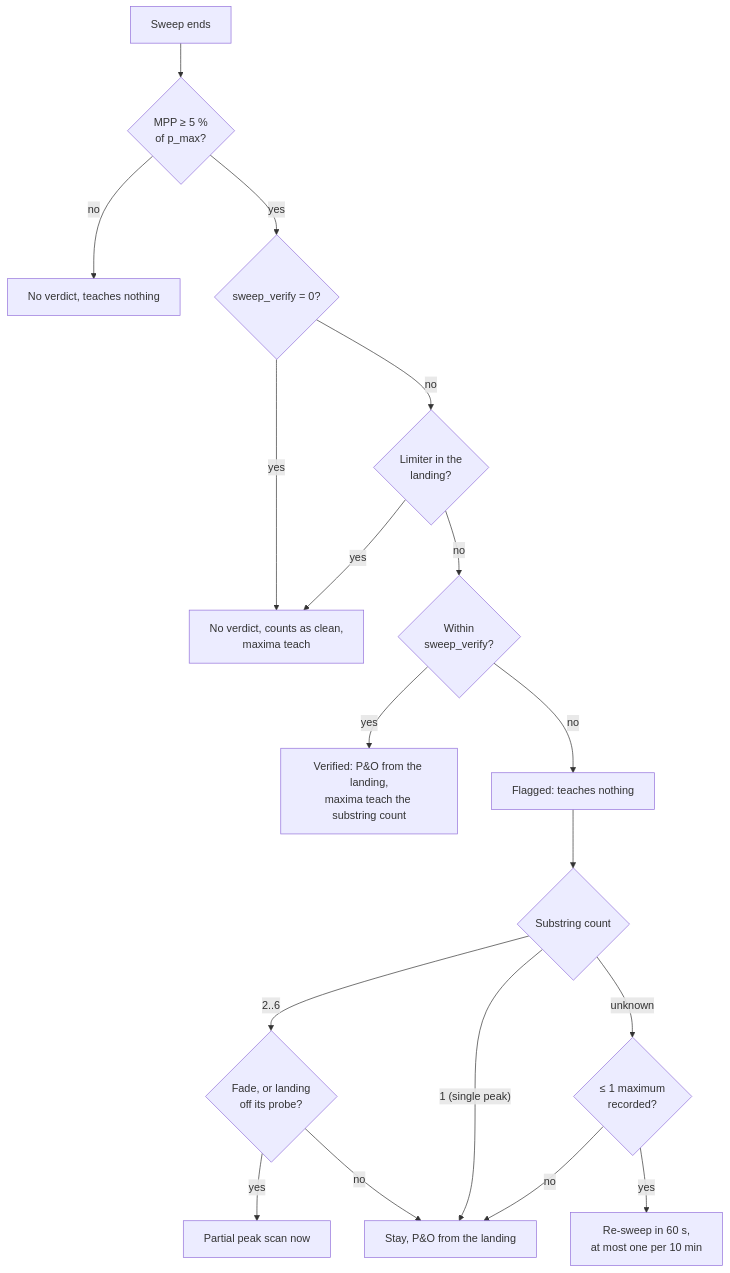
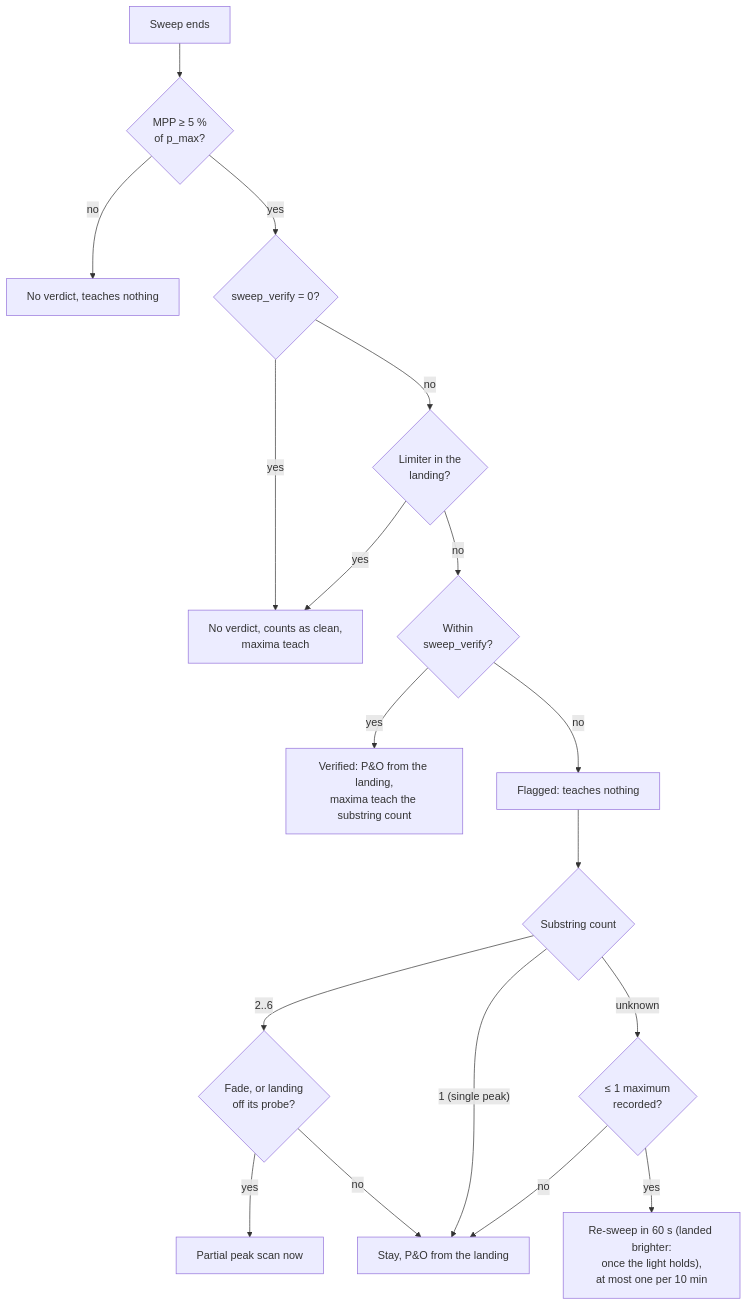
One commit to fl4p/fugu-mppt-firmware changed the second of 2 diagrams in website/docs/internals/mppt-tracker.md. Above: the diagram before and after it, drawn with Mermaid. The commit also changed other lines of this file and 1 other file, not shown here.

Commit message:
docs: MPP tracker and DCM ringing review fixes: rect_offset moves LS turn-off toward the zero crossing, ring amplitude after an HS pulse, burst mode rings once per burst, return pass only on bright buck sweeps, brighter-landing re-sweep, pv_substrings overwrite case, numbered references

````diff
--- a/website/docs/internals/mppt-tracker.md
+++ b/website/docs/internals/mppt-tracker.md
@@ -209,20 +211,20 @@
 ```mermaid
 flowchart TD
     S["Sweep ends"] --> B{"MPP ≥ 5 %<br/>of p_max?"}
     B -- no --> DIM["No verdict, teaches nothing"]
     B -- yes --> Z{"sweep_verify = 0?"}
     Z -- yes --> NV["No verdict, counts as clean,<br/>maxima teach"]
     Z -- no --> L{"Limiter in the<br/>landing?"}
     L -- yes --> NV
     L -- no --> D{"Within<br/>sweep_verify?"}
     D -- yes --> V["Verified: P&O from the landing,<br/>maxima teach the substring count"]
     D -- no --> F["Flagged: teaches nothing"]
     F --> N{"Substring count"}
     N -- "2..6" --> H{"Fade, or landing<br/>off its probe?"}
     H -- yes --> SC["Partial peak scan now"]
     H -- no --> P["Stay, P&O from the landing"]
     N -- "1 (single peak)" --> P
     N -- unknown --> M{"≤ 1 maximum<br/>recorded?"}
-    M -- yes --> RS["Re-sweep in 60 s,<br/>at most one per 10 min"]
+    M -- yes --> RS["Re-sweep in 60 s (landed brighter:<br/>once the light holds),<br/>at most one per 10 min"]
     M -- no --> P
 ```
````
